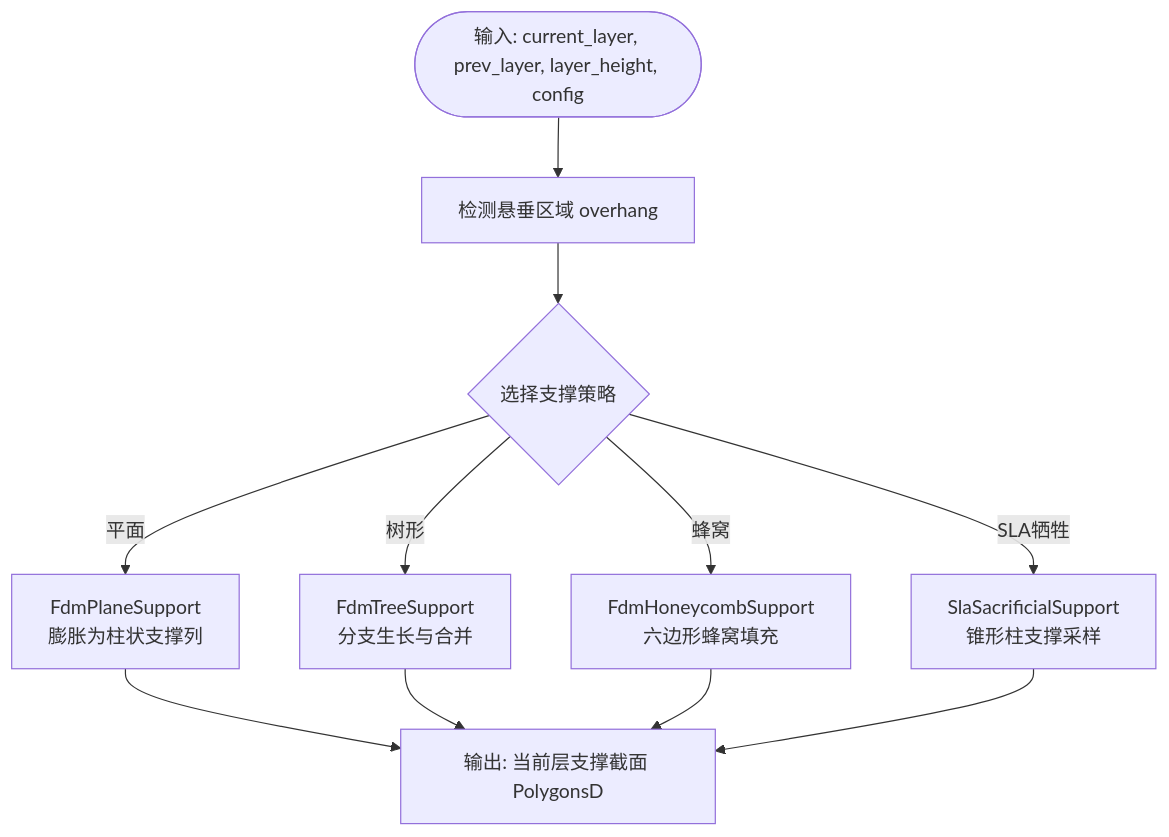
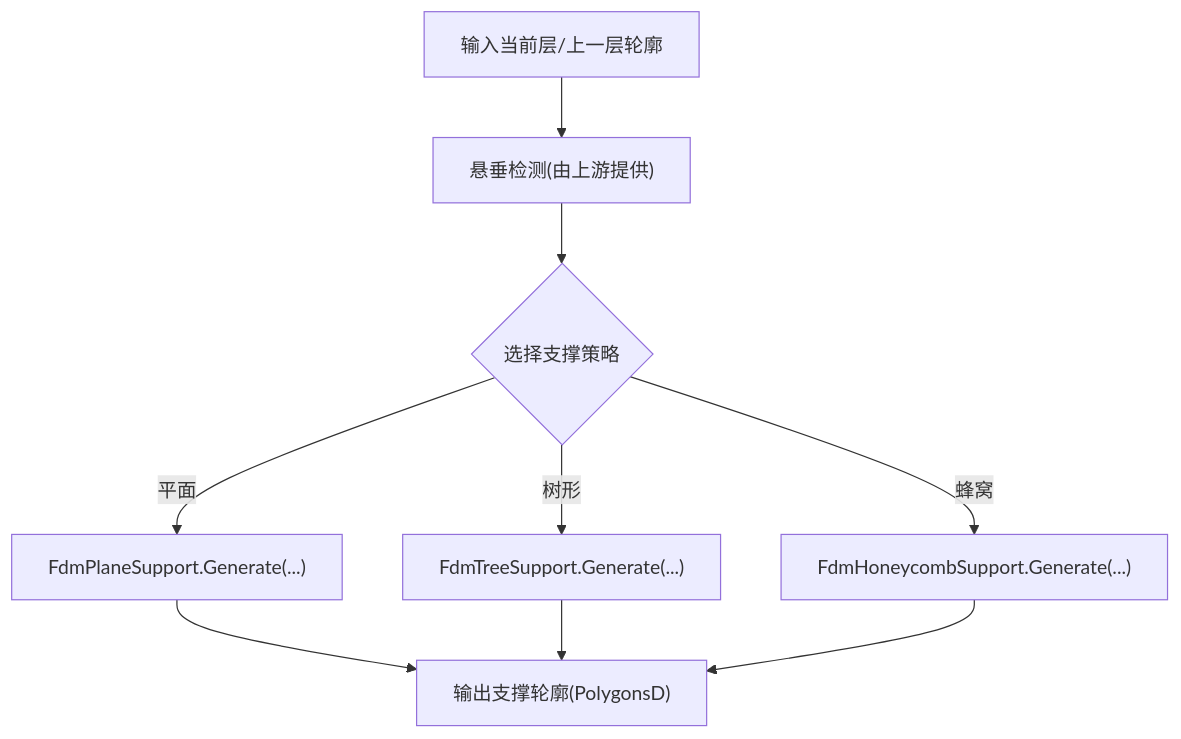
The ninth of 11 diagrams in .qoder/repowiki/zh/content/核心模块详解/核心模块详解.md (hsmbanlance/HsBaSlicer), drawn with Mermaid before and after one commit. The commit also changed other lines of this file and 1095 other files, not shown here.

````diff
--- a/.qoder/repowiki/zh/content/核心模块详解/核心模块详解.md
+++ b/.qoder/repowiki/zh/content/核心模块详解/核心模块详解.md
@@ -262,13 +366,11 @@
 ```mermaid
 flowchart TD
-Start(["输入: current_layer, prev_layer, layer_height, config"]) --> Detect["检测悬垂区域 overhang"]
+S["输入当前层/上一层轮廓"] --> Detect["悬垂检测(由上游提供)"]
 Detect --> Strategy{"选择支撑策略"}
-Strategy --> |平面| Plane["FdmPlaneSupport<br/>膨胀为柱状支撑列"]
-Strategy --> |树形| Tree["FdmTreeSupport<br/>分支生长与合并"]
-Strategy --> |蜂窝| Honey["FdmHoneycombSupport<br/>六边形蜂窝填充"]
-Strategy --> |SLA牺牲| SLa["SlaSacrificialSupport<br/>锥形柱支撑采样"]
-Plane --> Out["输出: 当前层支撑截面 PolygonsD"]
+Strategy --> |平面| Plane["FdmPlaneSupport.Generate(...)"]
+Strategy --> |树形| Tree["FdmTreeSupport.Generate(...)"]
+Strategy --> |蜂窝| Honey["FdmHoneycombSupport.Generate(...)"]
+Plane --> Out["输出支撑轮廓(PolygonsD)"]
 Tree --> Out
 Honey --> Out
-SLa --> Out
 ```
````
